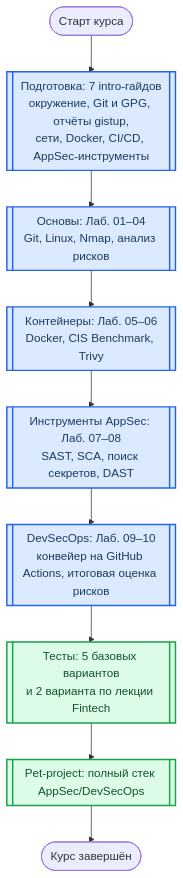
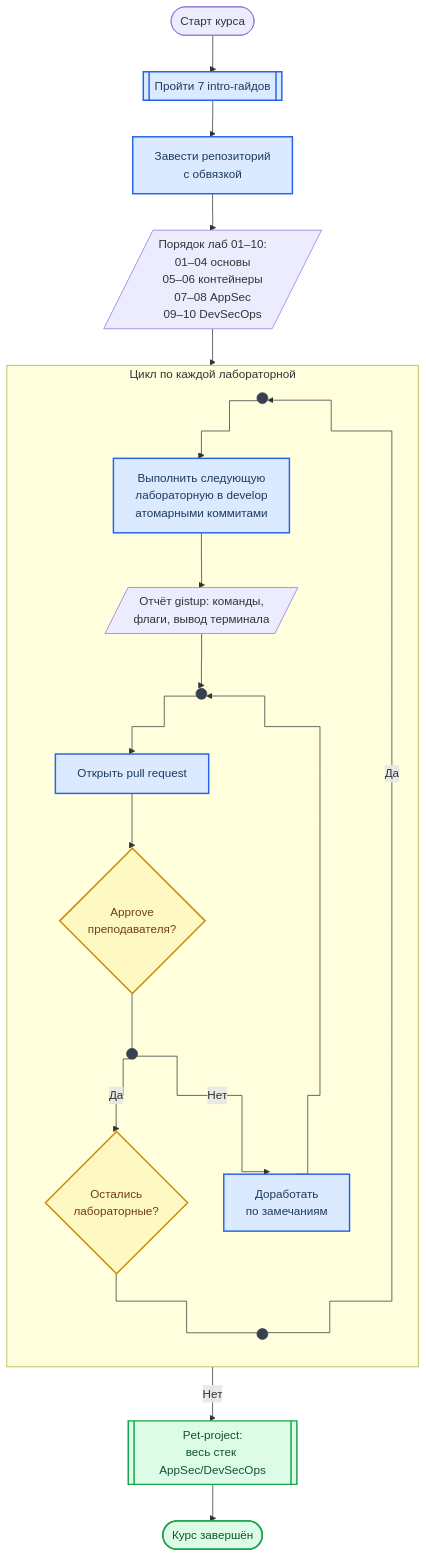
One commit to geminishkv/course_labs changed the diagram in README.md. Above: the diagram before and after it, drawn with Mermaid.

Commit message:
docs(readme): redraw the course map as a process with the review loop
Show how a student actually moves through the course: intro guides and
repository scaffolding, then a loop over labs 01-10 with a gistup report,
a pull request and the instructor's approval (rework on rejection), then
the pet project. Tests are no longer placed after lab 10: the course
materials do not tie them to a stage.

````diff
--- a/README.md
+++ b/README.md
@@ -70,30 +70,56 @@
 ```mermaid
 %%{init: {"flowchart": {"curve": "step"}}}%%
 flowchart TB
     accTitle: Маршрут прохождения курса
-    accDescr: Курс начинается с семи intro-гайдов, продолжается десятью лабораторными в четырёх блоках, затем идут тесты и индивидуальный pet-project.
+    accDescr: Курс начинается с семи intro-гайдов и репозитория с обвязкой, затем идёт цикл по десяти лабораторным: работа атомарными коммитами в develop, отчёт gistup, pull request и approve преподавателя с доработкой при отказе; после лабораторных — pet-project и завершение курса.
 
     course_start([Старт курса])
-    prep_guides[["Подготовка: 7 intro-гайдов<br/>окружение, Git и GPG, отчёты gistup,<br/>сети, Docker, CI/CD, AppSec-инструменты"]]
-    block_foundations[["Основы: Лаб. 01–04<br/>Git, Linux, Nmap, анализ рисков"]]
-    block_containers[["Контейнеры: Лаб. 05–06<br/>Docker, CIS Benchmark, Trivy"]]
-    block_appsec[["Инструменты AppSec: Лаб. 07–08<br/>SAST, SCA, поиск секретов, DAST"]]
-    block_devsecops[["DevSecOps: Лаб. 09–10<br/>конвейер на GitHub Actions, итоговая оценка рисков"]]
-    final_tests[["Тесты: 5 базовых вариантов<br/>и 2 варианта по лекции Fintech"]]
-    pet_project[["Pet-project: полный стек AppSec/DevSecOps"]]
+    prep_guides[[Пройти 7 intro-гайдов]]
+    repo_scaffold["Завести репозиторий<br/>с обвязкой"]
+    lab_order[/"Порядок лаб 01–10:<br/>01–04 основы<br/>05–06 контейнеры<br/>07–08 AppSec<br/>09–10 DevSecOps"/]
+
+    subgraph lab_cycle [Цикл по каждой лабораторной]
+        direction TB
+        next_join((" "))
+        lab_work["Выполнить следующую<br/>лабораторную в develop<br/>атомарными коммитами"]
+        lab_report[/"Отчёт gistup: команды,<br/>флаги, вывод терминала"/]
+        pr_join((" "))
+        lab_pr[Открыть pull request]
+        review_gate{"Approve<br/>преподавателя?"}
+        review_fork((" "))
+        lab_rework["Доработать<br/>по замечаниям"]
+        labs_left{"Остались<br/>лабораторные?"}
+        labs_fork((" "))
+    end
+
+    pet_project[["Pet-project:<br/>весь стек AppSec/DevSecOps"]]
     course_end([Курс завершён])
 
     course_start --> prep_guides
-    prep_guides --> block_foundations
-    block_foundations --> block_containers
-    block_containers --> block_appsec
-    block_appsec --> block_devsecops
-    block_devsecops --> final_tests
-    final_tests --> pet_project
+    prep_guides --> repo_scaffold
+    repo_scaffold --> lab_order
+    lab_order --> next_join
+    next_join --> lab_work
+    lab_work --> lab_report
+    lab_report --> pr_join
+    pr_join --> lab_pr
+    lab_pr --> review_gate
+    review_gate --- review_fork
+    review_fork -->|Да| labs_left
+    review_fork -->|Нет| lab_rework
+    lab_rework --> pr_join
+    labs_left --- labs_fork
+    labs_fork -->|Да| next_join
+    labs_fork -->|Нет| pet_project
     pet_project --> course_end
 
-    classDef block fill:#dbeafe,stroke:#2563eb,stroke-width:2px,color:#1e3a5f
-    classDef final fill:#dcfce7,stroke:#16a34a,stroke-width:2px,color:#14532d
-    class prep_guides,block_foundations,block_containers,block_appsec,block_devsecops block
-    class final_tests,pet_project final
+    classDef junction fill:#374151,stroke:#374151,stroke-width:1px,color:#374151,font-size:1px
+    classDef stage fill:#dbeafe,stroke:#2563eb,stroke-width:2px,color:#1e3a5f
+    classDef gate fill:#fef9c3,stroke:#ca8a04,stroke-width:2px,color:#713f12
+    classDef done fill:#dcfce7,stroke:#16a34a,stroke-width:2px,color:#14532d
+
+    class next_join,pr_join,review_fork,labs_fork junction
+    class prep_guides,repo_scaffold,lab_work,lab_pr,lab_rework stage
+    class review_gate,labs_left gate
+    class pet_project,course_end done
 ```
````
